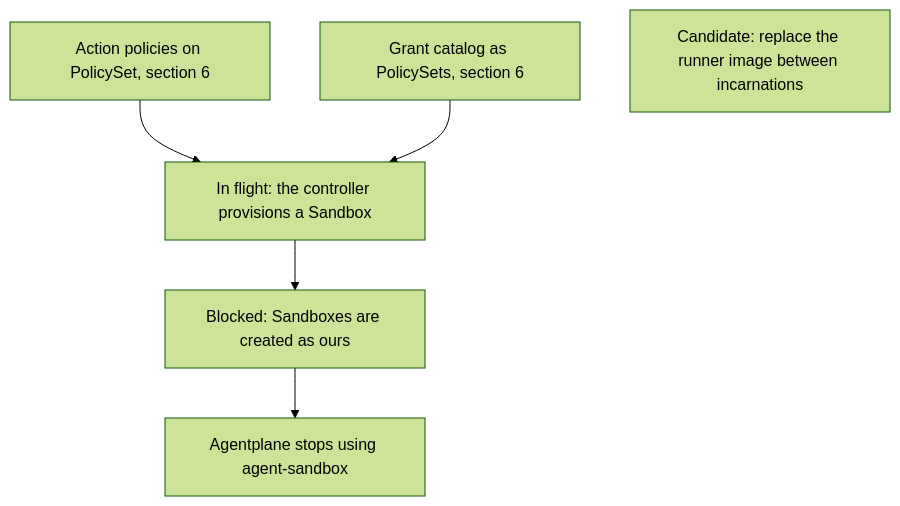
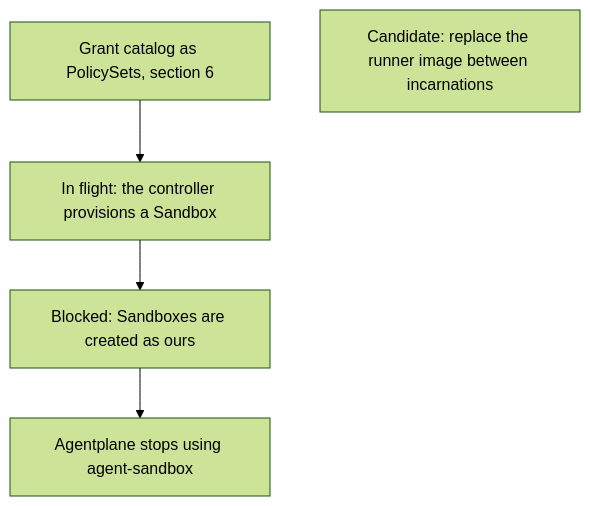
One commit to agentydragon-agent/ducktape changed diagram 11 of 15 in agentplane/plans/task_dag.md. Above: the diagram before and after it, drawn with Mermaid (forest theme). The commit also changed other lines of this file and 6 other files, not shown here.

First line of the commit message:
cluster/cdk8s: static Action grants move to PolicySet/PolicyBinding (#10160)

````diff
--- a/agentplane/plans/task_dag.md
+++ b/agentplane/plans/task_dag.md
@@ -669,10 +661,9 @@
 ```mermaid
 flowchart TD
     SANDBOX_CONTROLLER_PROVISIONING[In flight: the controller provisions a Sandbox]
-    ACTION_POLICY_MIGRATE[Action policies on PolicySet, section 6] --> SANDBOX_CONTROLLER_PROVISIONING
     KUBERNETES_POLICY_SETS[Grant catalog as PolicySets, section 6] --> SANDBOX_CONTROLLER_PROVISIONING
     SANDBOX_IMAGE_REPLACE[Candidate: replace the runner image between incarnations]
     SANDBOX_CREATE_CUTOVER[Blocked: Sandboxes are created as ours]
     SANDBOX_CONTROLLER_PROVISIONING --> SANDBOX_CREATE_CUTOVER
     SANDBOX_CREATE_CUTOVER --> AGENT_SANDBOX_RETIRE[Agentplane stops using agent-sandbox]
 ```
````
